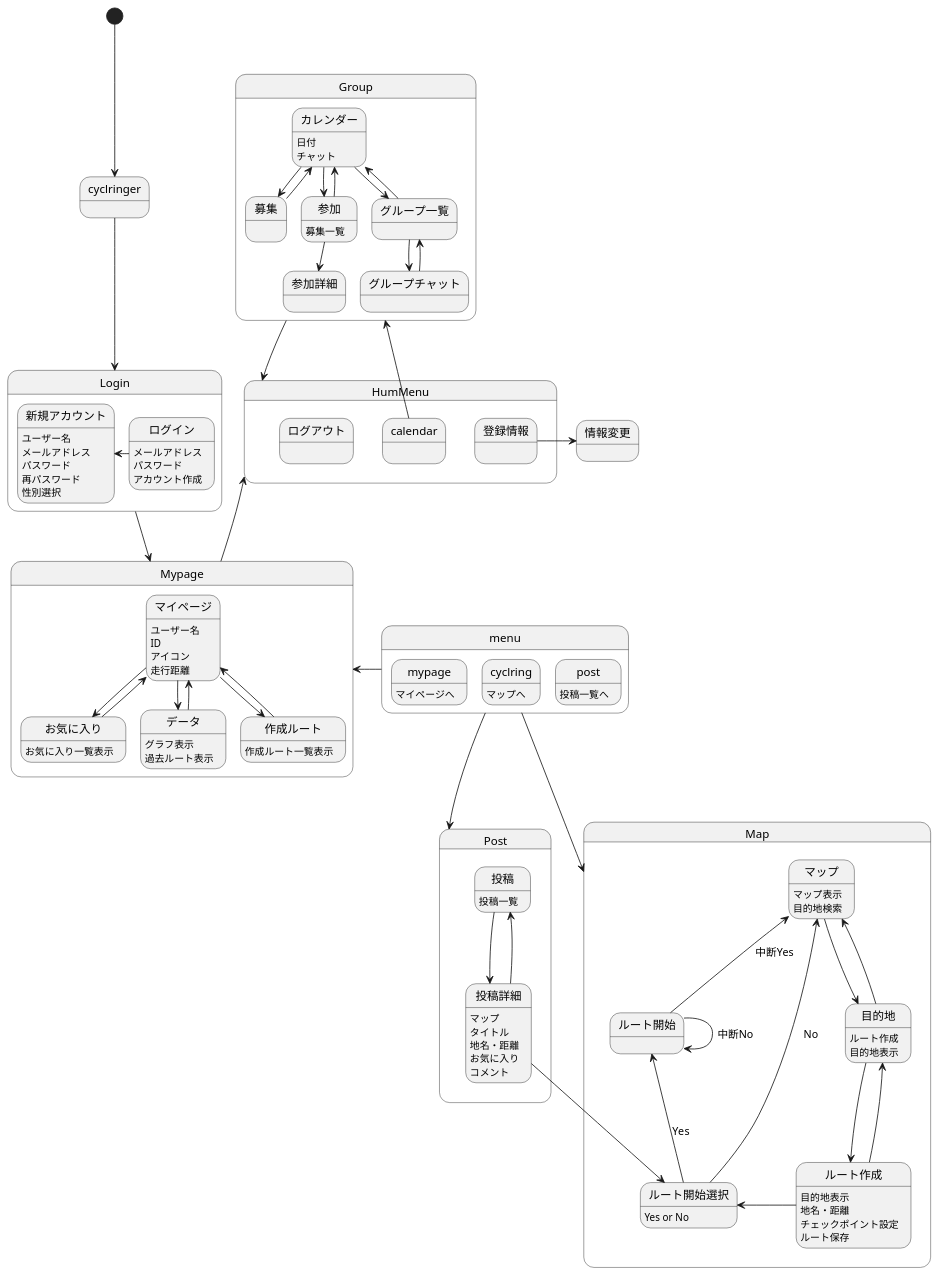
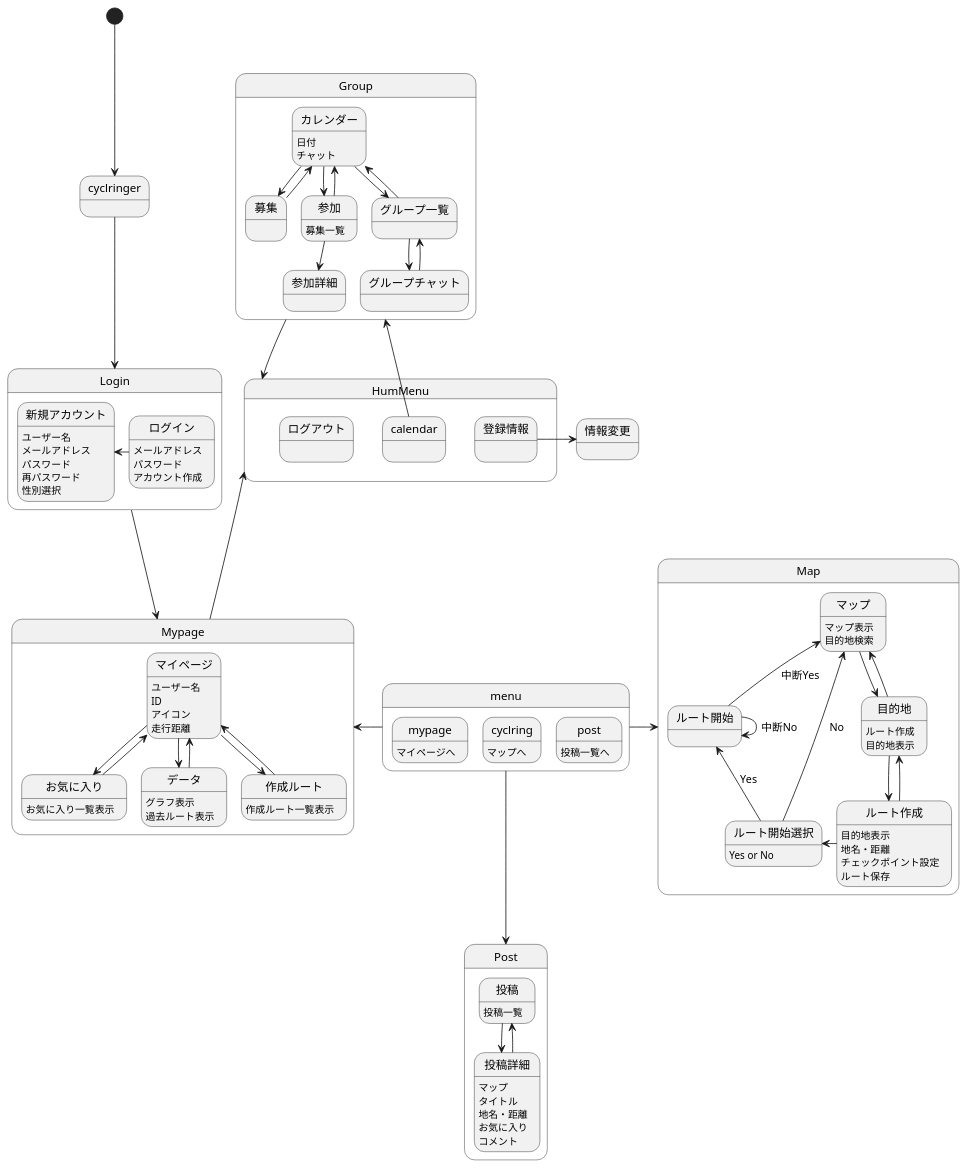
The diagram in 画面遷移図/gm.md (AsoSD3A3/CyclingSystem), drawn with PlantUML before and after one commit.

```diff
--- a/画面遷移図/gm.md
+++ b/画面遷移図/gm.md
@@ -37,8 +37,8 @@
 }
 
 menu-left->Mypage
-menu-down->Map
-menu-right->Post
+menu-right->Map
+menu-down->Post
 
 cyclringer-down->Login
 state Login{
@@ -90,7 +90,7 @@
 ルート作成:地名・距離
 ルート作成:チェックポイント設定
 ルート作成:ルート保存
-ルート作成-right->ルート開始選択
+ルート作成-left->ルート開始選択
 ルート開始選択:Yes or No
 ルート開始選択-up->ルート開始 :Yes
 ルート開始選択-up->マップ :No
@@ -108,8 +108,6 @@
 投稿詳細:地名・距離
 投稿詳細:お気に入り
 投稿詳細:コメント
-投稿詳細-->ルート開始選択
-
 }
 
 @enduml
```
